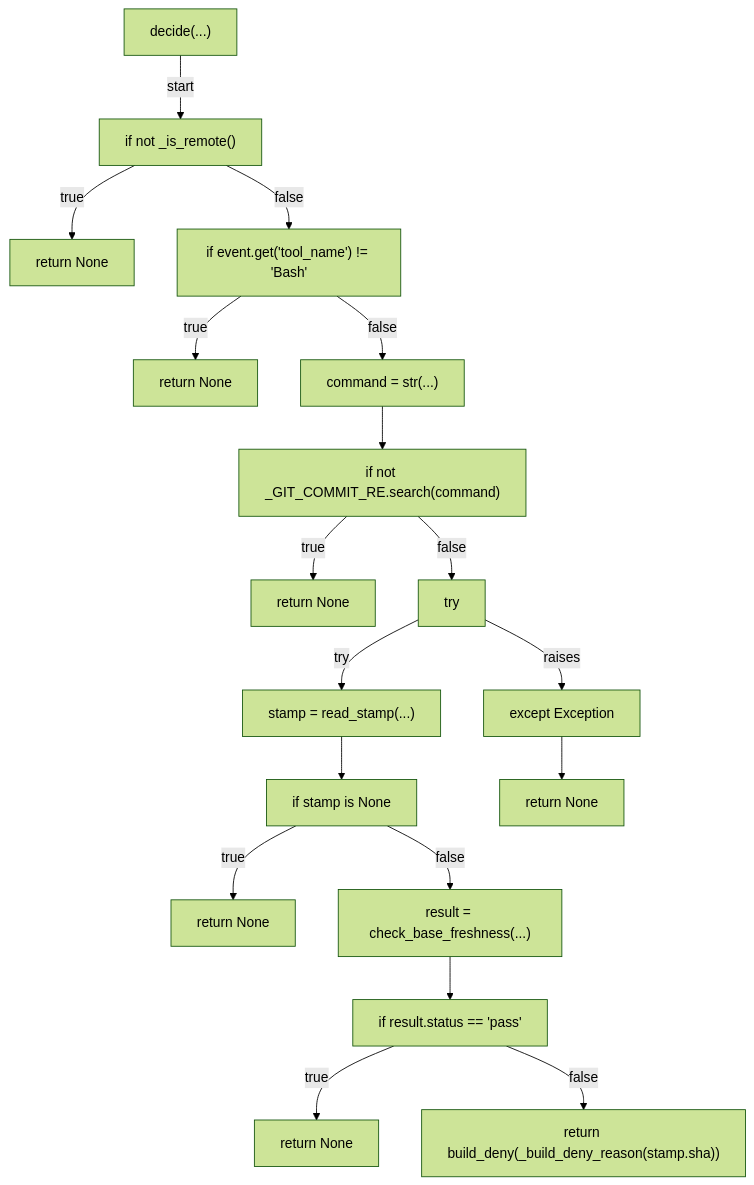
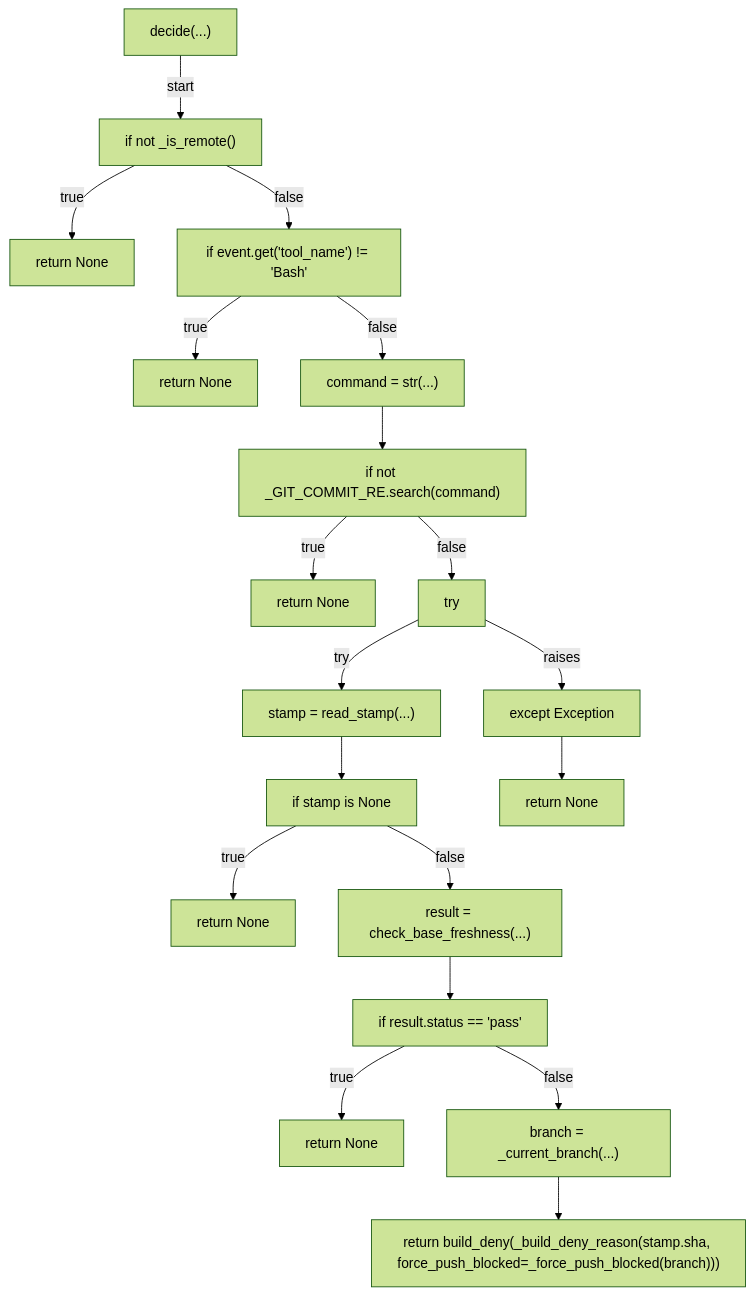
Before and after one commit to tvna/claude-md: the ninth of 11 diagrams in docs/generated/scripts/ast/preflight_session_base_freshness.md, drawn with Mermaid (forest theme). The commit also changed other lines of this file and 1 other file, not shown here.

First line of the commit message:
docs(generated): regenerate decision tree and workflow diagrams

````diff
--- a/docs/generated/scripts/ast/preflight_session_base_freshness.md
+++ b/docs/generated/scripts/ast/preflight_session_base_freshness.md
@@ -106,38 +158,40 @@
 ```mermaid
 flowchart TD
     N001["decide(...)"]
     N002["if not _is_remote()"]
     N003["return None"]
     N004["if event.get('tool_name') != 'Bash'"]
     N005["return None"]
     N006["command = str(...)"]
     N007["if not _GIT_COMMIT_RE.search(command)"]
     N008["return None"]
     N009["try"]
     N010["stamp = read_stamp(...)"]
     N011["if stamp is None"]
     N012["return None"]
     N013["result = check_base_freshness(...)"]
     N014["except Exception"]
     N015["return None"]
     N016["if result.status == 'pass'"]
     N017["return None"]
-    N018["return build_deny(_build_deny_reason(stamp.sha))"]
+    N018["branch = _current_branch(...)"]
+    N019["return build_deny(_build_deny_reason(stamp.sha, force_push_blocked=_force_push_blocked(branch)))"]
     N001 -->|"start"| N002
     N002 -->|"true"| N003
     N002 -->|"false"| N004
     N004 -->|"true"| N005
     N004 -->|"false"| N006
     N006 --> N007
     N007 -->|"true"| N008
     N007 -->|"false"| N009
     N009 -->|"try"| N010
     N010 --> N011
     N011 -->|"true"| N012
     N011 -->|"false"| N013
     N009 -->|"raises"| N014
     N014 --> N015
     N013 --> N016
     N016 -->|"true"| N017
     N016 -->|"false"| N018
+    N018 --> N019
 ```
````
